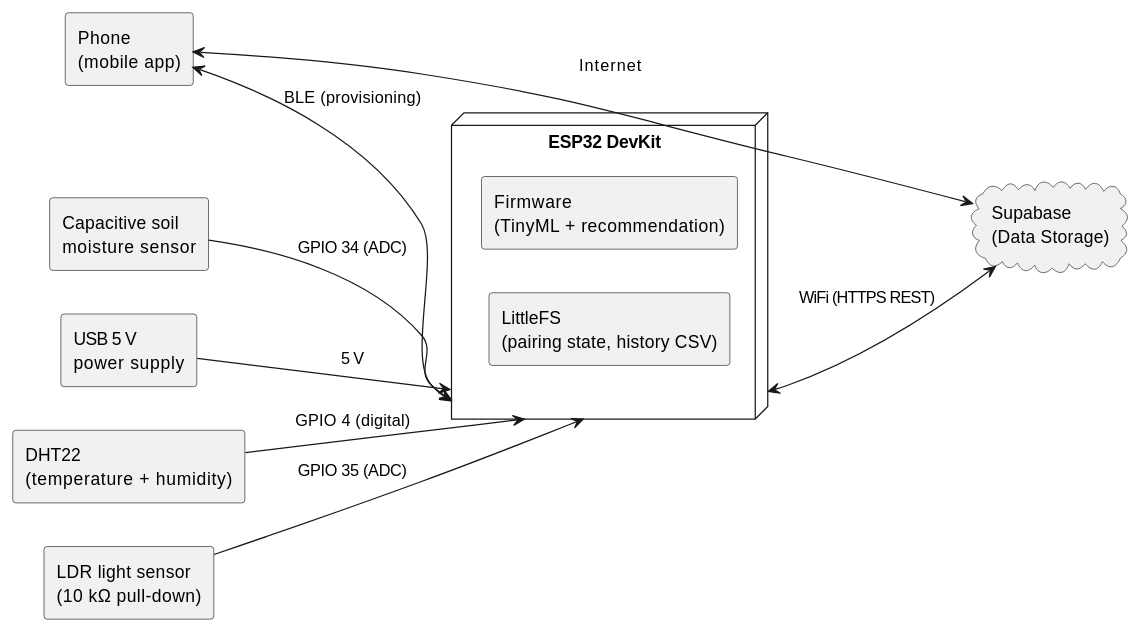
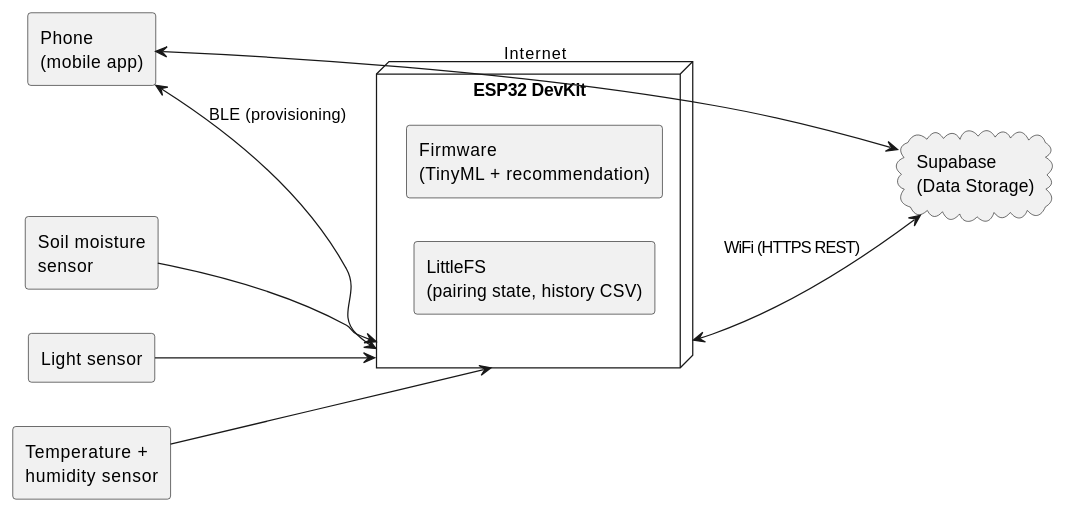
One commit to caseystijlaart/Fontys changed the second of 12 diagrams in sem-7-AI/personal-project/docs/system-design/diagrams/render-diagrams.adoc. Above: the diagram before and after it, drawn with PlantUML. The commit also changed 19 other files, not shown here.

```diff
--- a/sem-7-AI/personal-project/docs/system-design/diagrams/render-diagrams.adoc
+++ b/sem-7-AI/personal-project/docs/system-design/diagrams/render-diagrams.adoc
@@ -44,29 +44,27 @@
 [plantuml, target=hw-diagram]
 ....
 @startuml
 left to right direction
 skinparam componentStyle rectangle
 
 node "ESP32 DevKit" as ESP {
   component "Firmware\n(TinyML + recommendation)" as FW
   component "LittleFS\n(pairing state, history CSV)" as LFS
 }
 
-component "Capacitive soil\nmoisture sensor" as Soil
-component "DHT22\n(temperature + humidity)" as DHT
-component "LDR light sensor\n(10 kΩ pull-down)" as LDR
+component "Soil moisture\nsensor" as Soil
+component "Temperature +\nhumidity sensor" as DHT
+component "Light sensor" as LDR
 
 cloud "Supabase\n(Data Storage)" as SB
 component "Phone\n(mobile app)" as App
-component "USB 5 V\npower supply" as PWR
 
-Soil --> ESP : GPIO 34 (ADC)
-DHT --> ESP : GPIO 4 (digital)
-LDR --> ESP : GPIO 35 (ADC)
-PWR --> ESP : 5 V
+Soil --> ESP
+DHT --> ESP
+LDR --> ESP
 
 ESP <--> SB : WiFi (HTTPS REST)
 App <--> ESP : BLE (provisioning)
 App <--> SB : Internet
 @enduml
 ....
```
